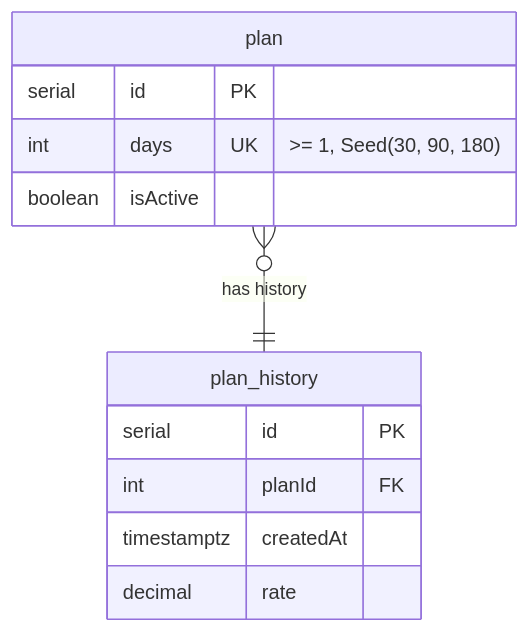
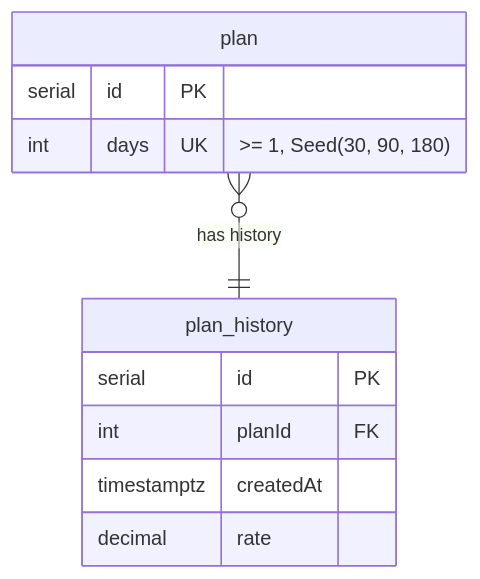
One commit to coinhub-uit/coinhub-uit.github.io changed the first of 2 diagrams in docs/diagrams/database/plan-management.md. Above: the diagram before and after it, drawn with Mermaid. The commit also changed 2 other files, not shown here.

Commit message:
feat(db): no isActive in plan, mv add days

````diff
--- a/docs/diagrams/database/plan-management.md
+++ b/docs/diagrams/database/plan-management.md
@@ -11,17 +11,16 @@
 ```mermaid
 erDiagram
   plan {
     serial id PK
     int days UK ">= 1, Seed(30, 90, 180)"
-    boolean isActive
   }
 
   plan_history {
     serial id PK
     int planId FK
     timestamptz createdAt
     decimal rate
   }
 
   plan }o--|| plan_history : "has history"
 ```
````
